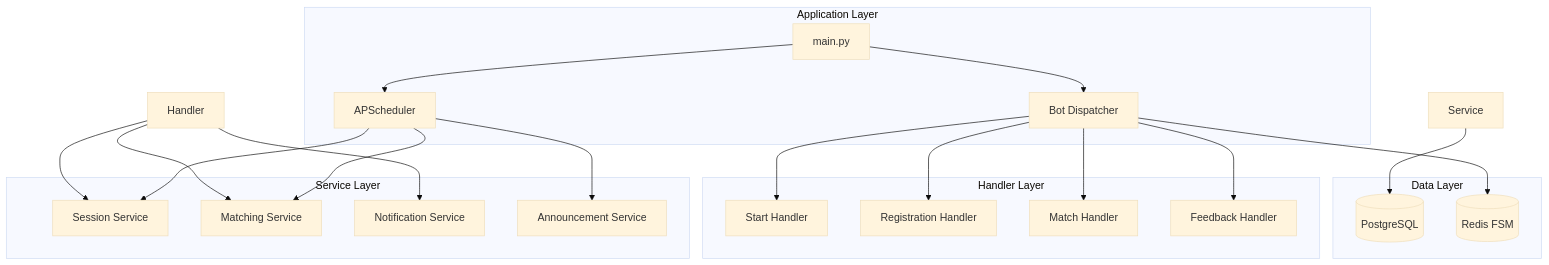
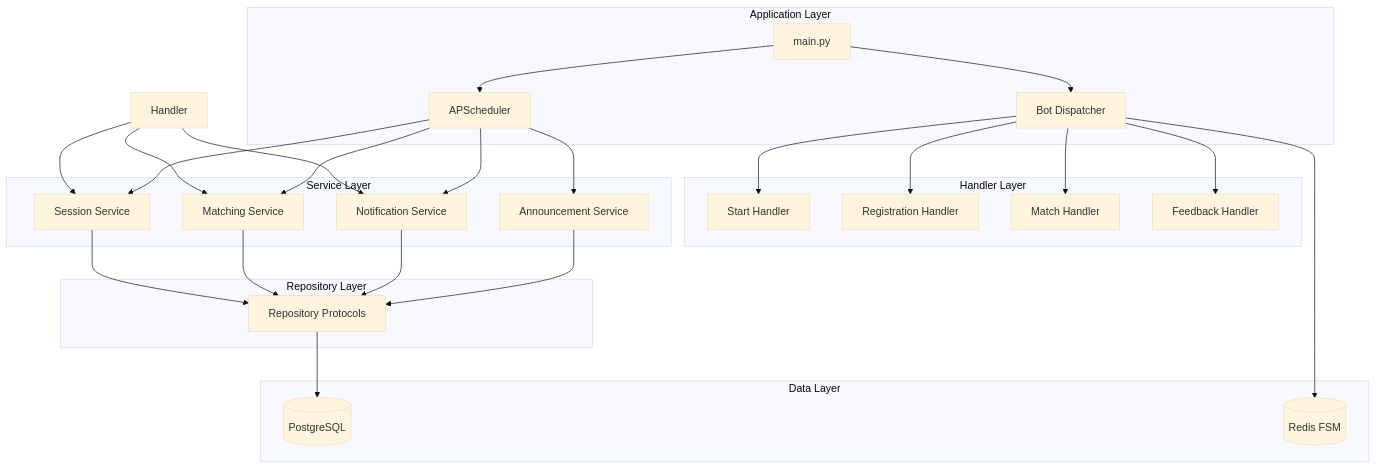
One commit to FrostWillmott/RandomCoffeeBot changed the third of 4 diagrams in ARCHITECTURE.md. Above: the diagram before and after it, drawn with Mermaid (base theme). The commit also changed other lines of this file, not shown here.

Commit message:
docs: update ARCHITECTURE.md for new patterns

````diff
--- a/ARCHITECTURE.md
+++ b/ARCHITECTURE.md
@@ -62,42 +62,51 @@
 ```mermaid
 graph TB
     subgraph "Application Layer"
         Main[main.py]
         Bot[Bot Dispatcher]
         Scheduler[APScheduler]
     end
 
     subgraph "Handler Layer"
         StartHandler[Start Handler]
         RegHandler[Registration Handler]
         MatchHandler[Match Handler]
         FeedbackHandler[Feedback Handler]
     end
 
     subgraph "Service Layer"
         SessionService[Session Service]
         MatchingService[Matching Service]
         NotificationService[Notification Service]
         AnnouncementService[Announcement Service]
     end
 
+    subgraph "Repository Layer"
+        Repos[Repository Protocols]
+    end
+
     subgraph "Data Layer"
         DB[(PostgreSQL)]
         Redis[(Redis FSM)]
     end
 
     Main-->Bot
     Main-->Scheduler
     Bot-->StartHandler
     Bot-->RegHandler
     Bot-->MatchHandler
     Bot-->FeedbackHandler
     Handler-->SessionService
     Handler-->MatchingService
     Handler-->NotificationService
     Scheduler-->SessionService
     Scheduler-->MatchingService
+    Scheduler-->NotificationService
     Scheduler-->AnnouncementService
-    Service-->DB
+    SessionService-->Repos
+    MatchingService-->Repos
+    NotificationService-->Repos
+    AnnouncementService-->Repos
+    Repos-->DB
     Bot-->Redis
 ```
````
